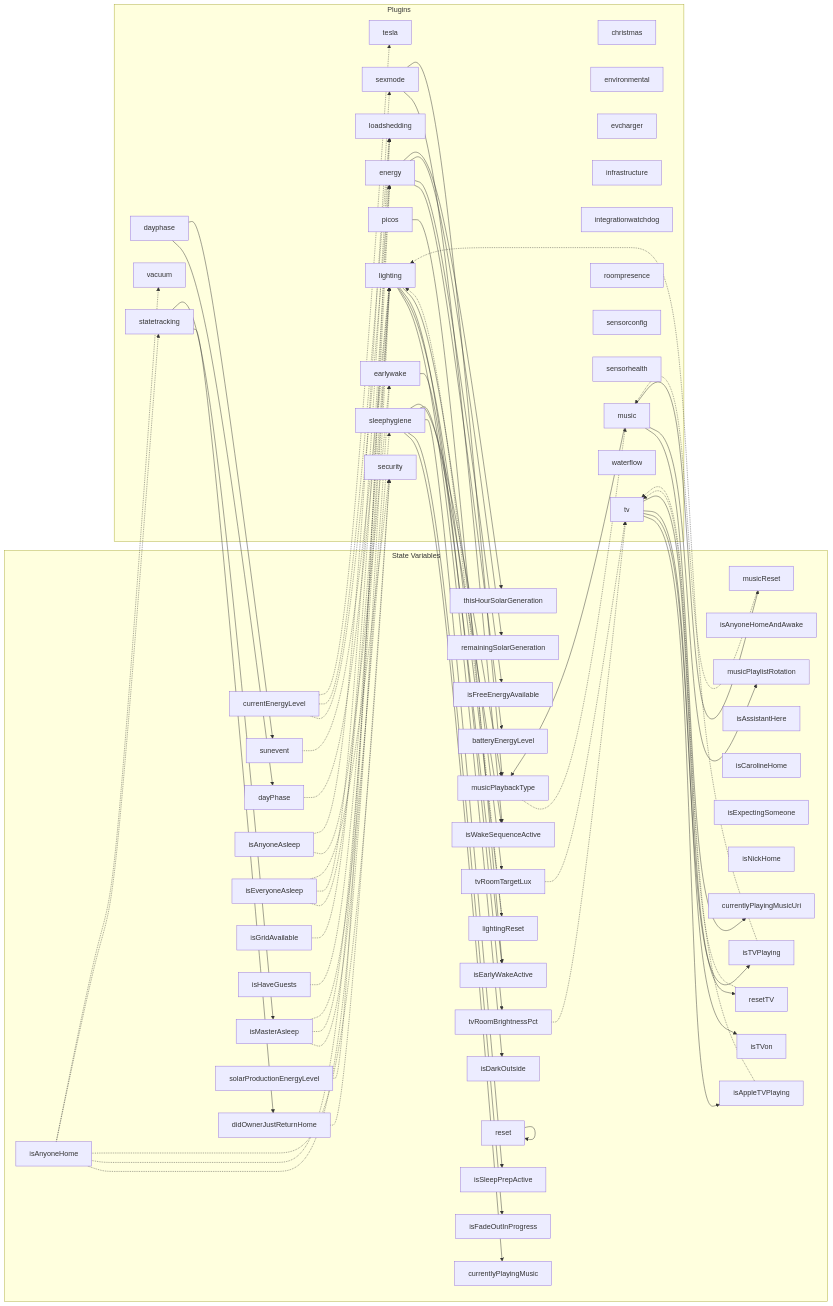
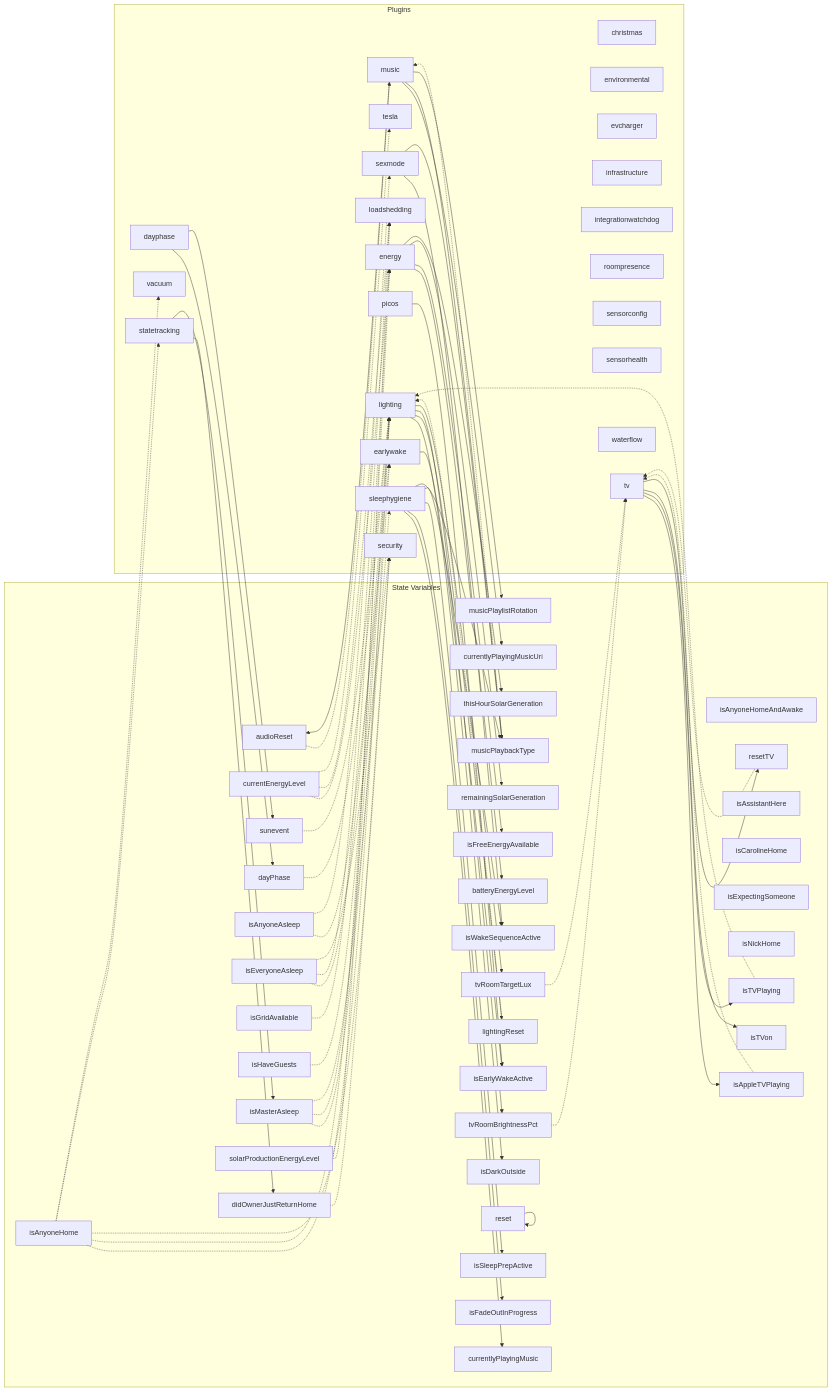
The diagram in docs/generated/plugin-dependencies.md (NickBorgers/home-automation), drawn with Mermaid before and after one commit. The commit also changed 14 other files, not shown here.

First line of the commit message:
Rename Music Reset to Audio Reset so Siri stops playing music (#1423)

````diff
--- a/docs/generated/plugin-dependencies.md
+++ b/docs/generated/plugin-dependencies.md
@@ -5,6 +5,7 @@
 ```mermaid
 graph LR
     subgraph StateVariables["State Variables"]
+        audioReset["audioReset"]
         batteryEnergyLevel["batteryEnergyLevel"]
         currentEnergyLevel["currentEnergyLevel"]
         currentlyPlayingMusic["currentlyPlayingMusic"]
@@ -34,7 +35,6 @@
         lightingReset["lightingReset"]
         musicPlaybackType["musicPlaybackType"]
         musicPlaylistRotation["musicPlaylistRotation"]
-        musicReset["musicReset"]
         remainingSolarGeneration["remainingSolarGeneration"]
         reset["reset"]
         resetTV["resetTV"]
@@ -89,8 +89,8 @@
     currentEnergyLevel -.-> loadshedding
     isAnyoneHome -.-> loadshedding
     isEveryoneAsleep -.-> loadshedding
+    audioReset -.-> music
     musicPlaybackType -.-> music
-    musicReset -.-> music
     reset -.-> reset
     didOwnerJustReturnHome -.-> security
     isAnyoneHome -.-> security
@@ -117,10 +117,10 @@
     lighting --> lightingReset
     lighting --> tvRoomBrightnessPct
     lighting --> tvRoomTargetLux
+    music --> audioReset
     music --> currentlyPlayingMusicUri
     music --> musicPlaybackType
     music --> musicPlaylistRotation
-    music --> musicReset
     picos --> isEarlyWakeActive
     reset --> reset
     sexmode --> isWakeSequenceActive
````
